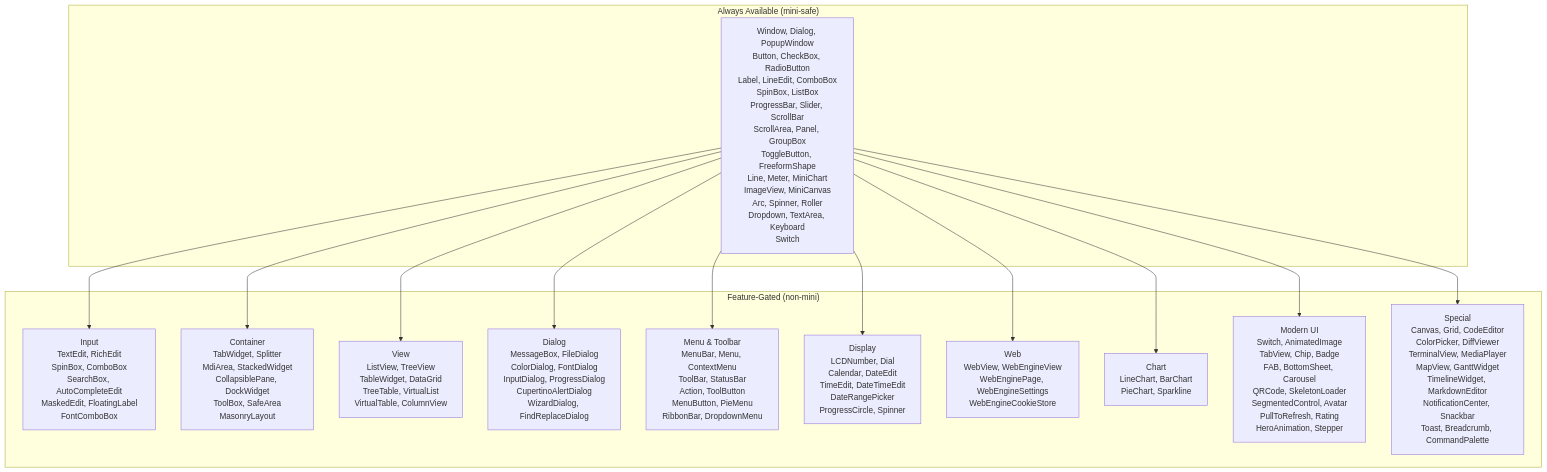
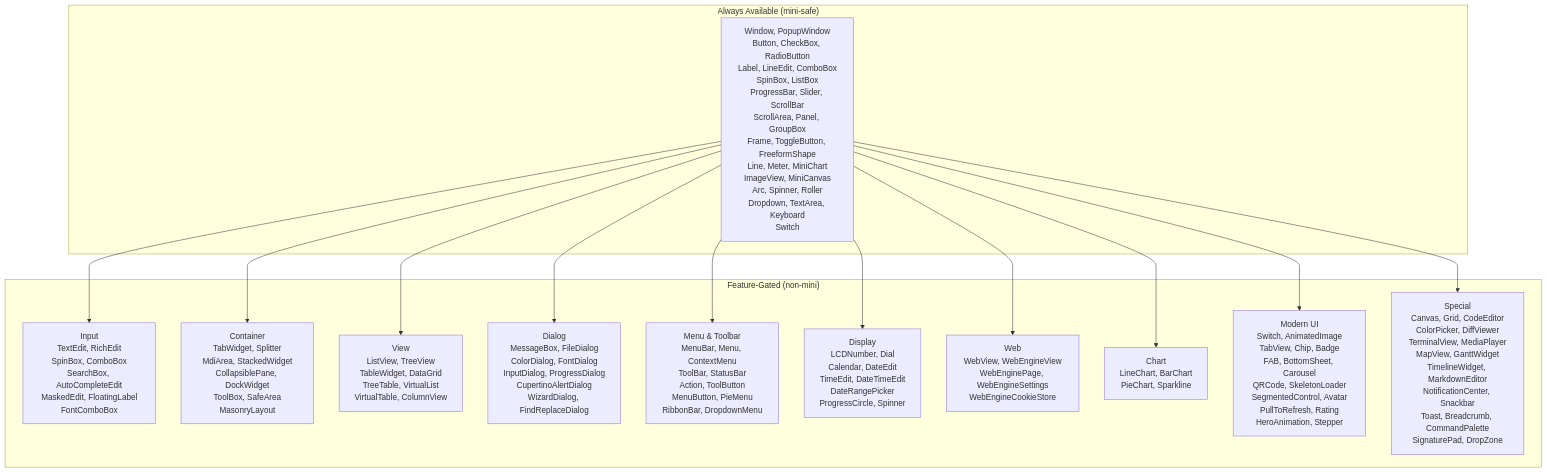
Before and after one commit to mikewolfli/rust-widgets: the first of 2 diagrams in cookbook/en/src/chapters/widget-system.md, drawn with Mermaid. The commit also changed other lines of this file and 38 other files, not shown here.

````diff
--- a/cookbook/en/src/chapters/widget-system.md
+++ b/cookbook/en/src/chapters/widget-system.md
@@ -434,30 +434,30 @@
 ```mermaid
 graph TB
     subgraph "Always Available (mini-safe)"
-        ALWAYS["Window, Dialog, PopupWindow<br/>Button, CheckBox, RadioButton<br/>Label, LineEdit, ComboBox<br/>SpinBox, ListBox<br/>ProgressBar, Slider, ScrollBar<br/>ScrollArea, Panel, GroupBox<br/>ToggleButton, FreeformShape<br/>Line, Meter, MiniChart<br/>ImageView, MiniCanvas<br/>Arc, Spinner, Roller<br/>Dropdown, TextArea, Keyboard<br/>Switch"]
+        ALWAYS["Window, PopupWindow<br/>Button, CheckBox, RadioButton<br/>Label, LineEdit, ComboBox<br/>SpinBox, ListBox<br/>ProgressBar, Slider, ScrollBar<br/>ScrollArea, Panel, GroupBox<br/>Frame, ToggleButton, FreeformShape<br/>Line, Meter, MiniChart<br/>ImageView, MiniCanvas<br/>Arc, Spinner, Roller<br/>Dropdown, TextArea, Keyboard<br/>Switch"]
     end
 
     subgraph "Feature-Gated (non-mini)"
         INPUT["Input<br/>TextEdit, RichEdit<br/>SpinBox, ComboBox<br/>SearchBox, AutoCompleteEdit<br/>MaskedEdit, FloatingLabel<br/>FontComboBox"]
         CONTAINER["Container<br/>TabWidget, Splitter<br/>MdiArea, StackedWidget<br/>CollapsiblePane, DockWidget<br/>ToolBox, SafeArea<br/>MasonryLayout"]
         VIEW["View<br/>ListView, TreeView<br/>TableWidget, DataGrid<br/>TreeTable, VirtualList<br/>VirtualTable, ColumnView"]
         DIALOG["Dialog<br/>MessageBox, FileDialog<br/>ColorDialog, FontDialog<br/>InputDialog, ProgressDialog<br/>CupertinoAlertDialog<br/>WizardDialog, FindReplaceDialog"]
         MENU["Menu & Toolbar<br/>MenuBar, Menu, ContextMenu<br/>ToolBar, StatusBar<br/>Action, ToolButton<br/>MenuButton, PieMenu<br/>RibbonBar, DropdownMenu"]
         DISPLAY["Display<br/>LCDNumber, Dial<br/>Calendar, DateEdit<br/>TimeEdit, DateTimeEdit<br/>DateRangePicker<br/>ProgressCircle, Spinner"]
         WEB["Web<br/>WebView, WebEngineView<br/>WebEnginePage, WebEngineSettings<br/>WebEngineCookieStore"]
         CHART["Chart<br/>LineChart, BarChart<br/>PieChart, Sparkline"]
         MODERN["Modern UI<br/>Switch, AnimatedImage<br/>TabView, Chip, Badge<br/>FAB, BottomSheet, Carousel<br/>QRCode, SkeletonLoader<br/>SegmentedControl, Avatar<br/>PullToRefresh, Rating<br/>HeroAnimation, Stepper"]
-        SPECIAL["Special<br/>Canvas, Grid, CodeEditor<br/>ColorPicker, DiffViewer<br/>TerminalView, MediaPlayer<br/>MapView, GanttWidget<br/>TimelineWidget, MarkdownEditor<br/>NotificationCenter, Snackbar<br/>Toast, Breadcrumb, CommandPalette"]
+        SPECIAL["Special<br/>Canvas, Grid, CodeEditor<br/>ColorPicker, DiffViewer<br/>TerminalView, MediaPlayer<br/>MapView, GanttWidget<br/>TimelineWidget, MarkdownEditor<br/>NotificationCenter, Snackbar<br/>Toast, Breadcrumb, CommandPalette<br/>SignaturePad, DropZone"]
     end
 
     ALWAYS --> INPUT
     ALWAYS --> CONTAINER
     ALWAYS --> VIEW
     ALWAYS --> DIALOG
     ALWAYS --> MENU
     ALWAYS --> DISPLAY
     ALWAYS --> WEB
     ALWAYS --> CHART
     ALWAYS --> MODERN
     ALWAYS --> SPECIAL
 ```
````
